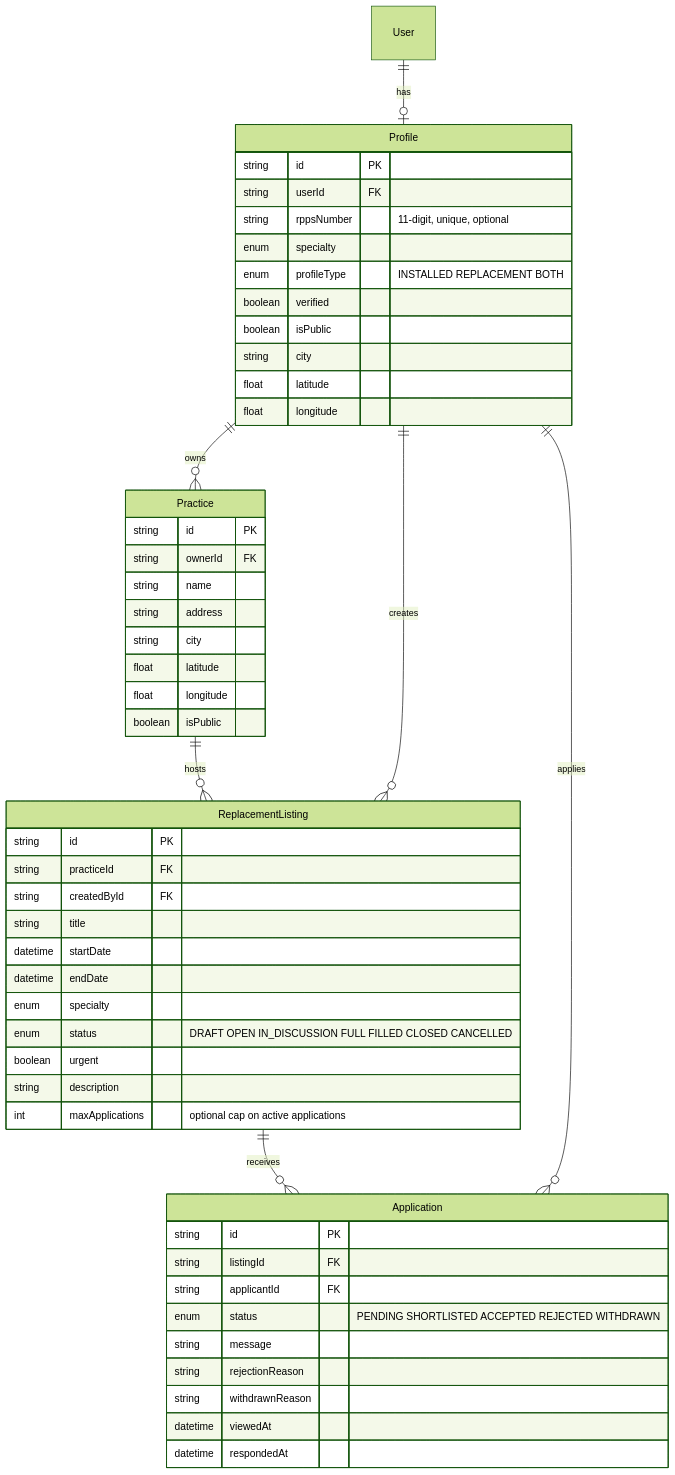
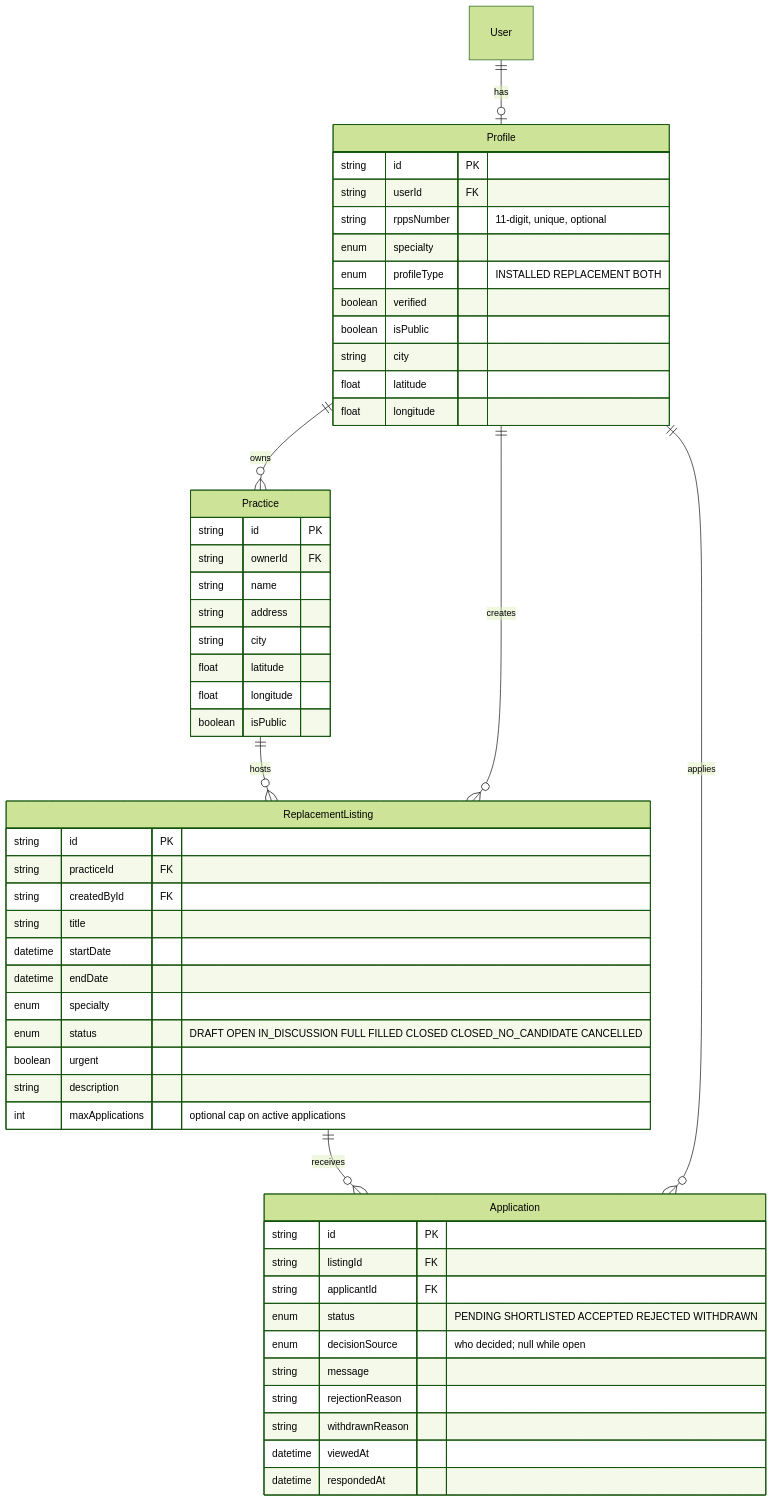
One commit to lellis-group/kineo-nest-backend changed the second of 7 diagrams in README.md. Above: the diagram before and after it, drawn with Mermaid (forest theme). The commit also changed other lines of this file, not shown here.

````diff
--- a/README.md
+++ b/README.md
@@ -103,59 +103,59 @@
 ```mermaid
 erDiagram
     User ||--o| Profile : "has"
     Profile ||--o{ Practice : "owns"
     Practice ||--o{ ReplacementListing : "hosts"
     Profile ||--o{ ReplacementListing : "creates"
     ReplacementListing ||--o{ Application : "receives"
     Profile ||--o{ Application : "applies"
 
     Profile {
         string id PK
         string userId FK
         string rppsNumber "11-digit, unique, optional"
         enum specialty
         enum profileType "INSTALLED REPLACEMENT BOTH"
         boolean verified
         boolean isPublic
         string city
         float latitude
         float longitude
     }
 
     Practice {
         string id PK
         string ownerId FK
         string name
         string address
         string city
         float latitude
         float longitude
         boolean isPublic
     }
-
     ReplacementListing {
         string id PK
         string practiceId FK
         string createdById FK
         string title
         datetime startDate
         datetime endDate
         enum specialty
-        enum status "DRAFT OPEN IN_DISCUSSION FULL FILLED CLOSED CANCELLED"
+        enum status "DRAFT OPEN IN_DISCUSSION FULL FILLED CLOSED CLOSED_NO_CANDIDATE CANCELLED"
         boolean urgent
         string description
         int maxApplications "optional cap on active applications"
     }
 
     Application {
         string id PK
         string listingId FK
         string applicantId FK
         enum status "PENDING SHORTLISTED ACCEPTED REJECTED WITHDRAWN"
+        enum decisionSource "who decided; null while open"
         string message
         string rejectionReason
         string withdrawnReason
         datetime viewedAt
         datetime respondedAt
     }
 ```
````
